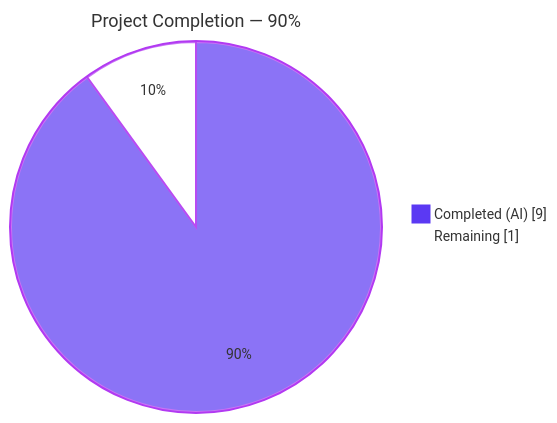
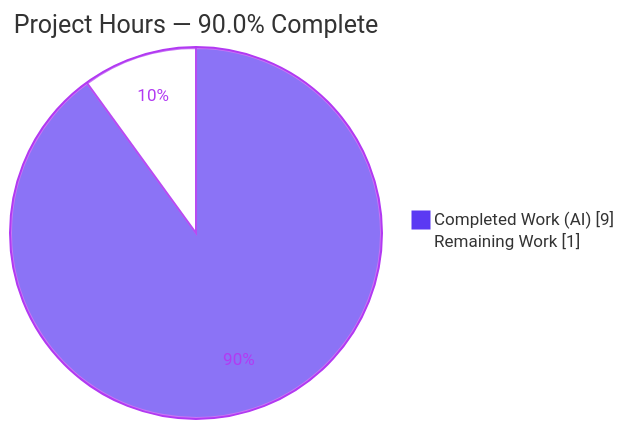
The first of 3 diagrams in blitzy/documentation/Project Guide.md (shaliniblitzy/-With-default-AAP-and-project-guide-), drawn with Mermaid before and after one commit. The commit also changed other lines of this file, not shown here.

Commit message:
Adding Blitzy Project Guide: Project Status and Human Tasks Remaining

````diff
--- a/blitzy/documentation/Project Guide.md
+++ b/blitzy/documentation/Project Guide.md
@@ -15,6 +18,6 @@
 ```mermaid
-%%{init: {'theme': 'base', 'themeVariables': {'pie1': '#5B39F3', 'pie2': '#FFFFFF', 'pieStrokeColor': '#B23AF2', 'pieOuterStrokeColor': '#B23AF2', 'pieOuterStrokeWidth': '2px', 'pieTitleTextSize': '18px', 'pieSectionTextSize': '14px', 'pieLegendTextSize': '14px'}}}%%
-pie showData title Project Completion — 90%
-    "Completed (AI)" : 9
-    "Remaining" : 1
+%%{init: {'theme':'base', 'themeVariables':{'pie1':'#5B39F3','pie2':'#FFFFFF','pieStrokeColor':'#B23AF2','pieOuterStrokeColor':'#B23AF2','pieSectionTextColor':'#B23AF2','pieOuterStrokeWidth':'2px'}}}%%
+pie showData title Project Hours — 90.0% Complete
+    "Completed Work (AI)" : 9
+    "Remaining Work" : 1
 ```
````
